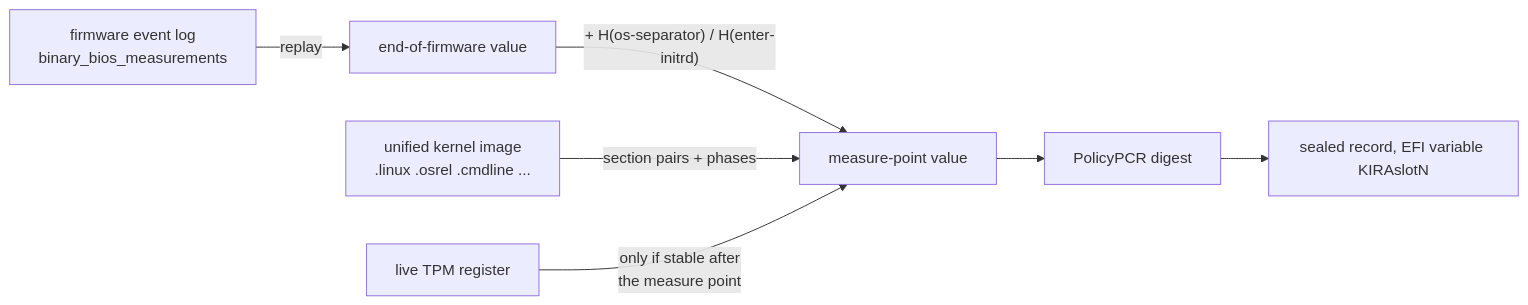
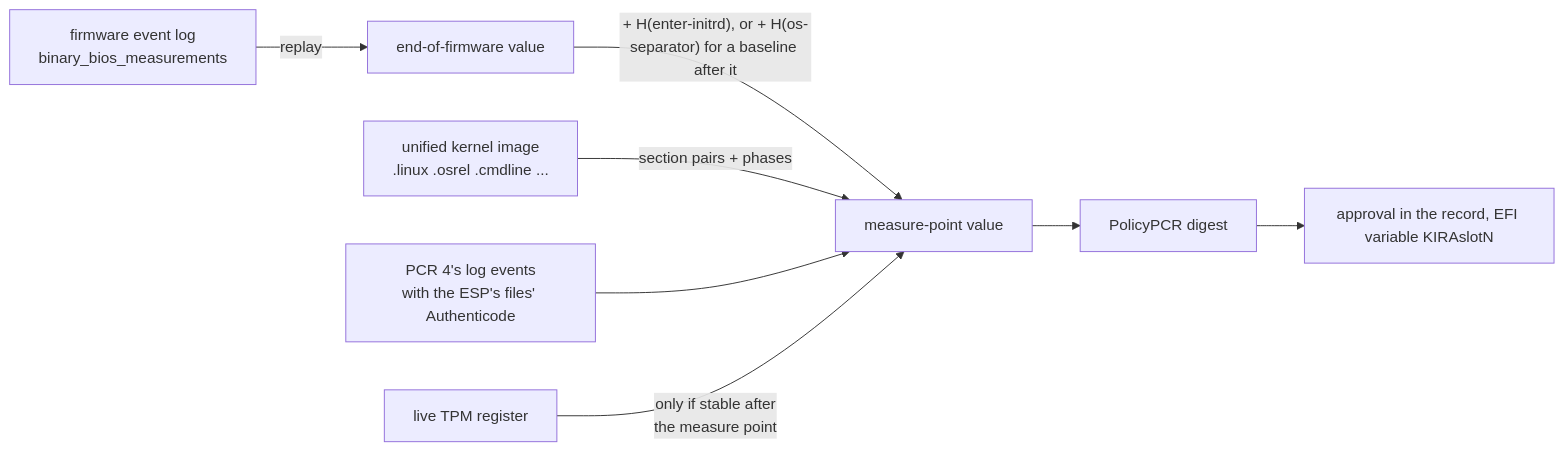
The third of 6 diagrams in docs/SECURITY-BACKGROUND.md (mrwiora/tpm2-kira), drawn with Mermaid before and after one commit. The commit also changed other lines of this file, not shown here.

````diff
--- a/docs/SECURITY-BACKGROUND.md
+++ b/docs/SECURITY-BACKGROUND.md
@@ -763,9 +799,10 @@
 ```mermaid
 flowchart LR
     A["firmware event log<br/>binary_bios_measurements"] -->|replay| B["end-of-firmware value"]
-    B -->|"+ H(os-separator) / H(enter-initrd)"| C["measure-point value"]
+    B -->|"+ H(enter-initrd), or + H(os-separator) for a baseline after it"| C["measure-point value"]
     D["unified kernel image<br/>.linux .osrel .cmdline ..."] -->|"section pairs + phases"| C
+    H["PCR 4's log events<br/>with the ESP's files' Authenticode"] --> C
     E["live TPM register"] -->|"only if stable after<br/>the measure point"| C
     C --> F["PolicyPCR digest"]
-    F --> G["sealed record, EFI variable KIRAslotN"]
+    F --> G["approval in the record, EFI variable KIRAslotN"]
 ```
````
